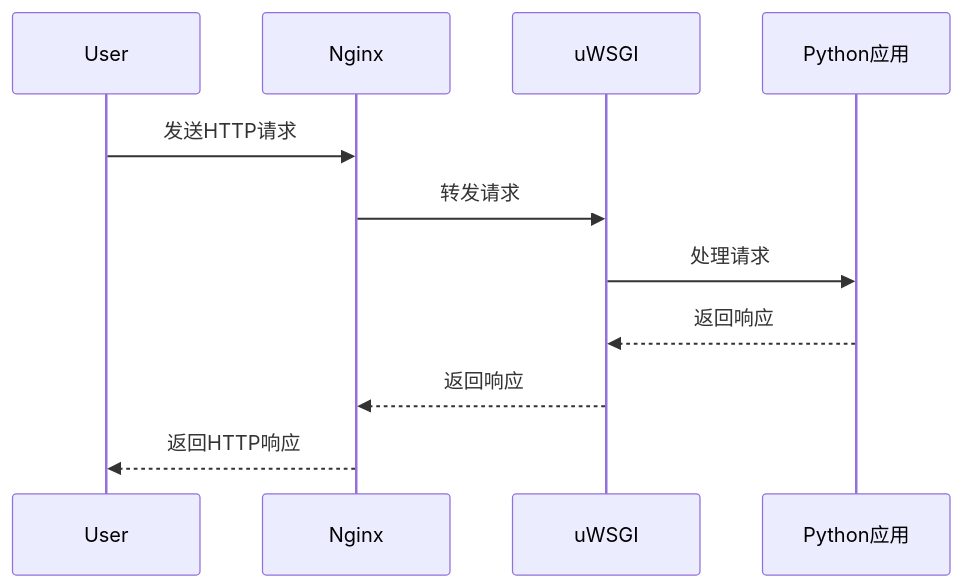
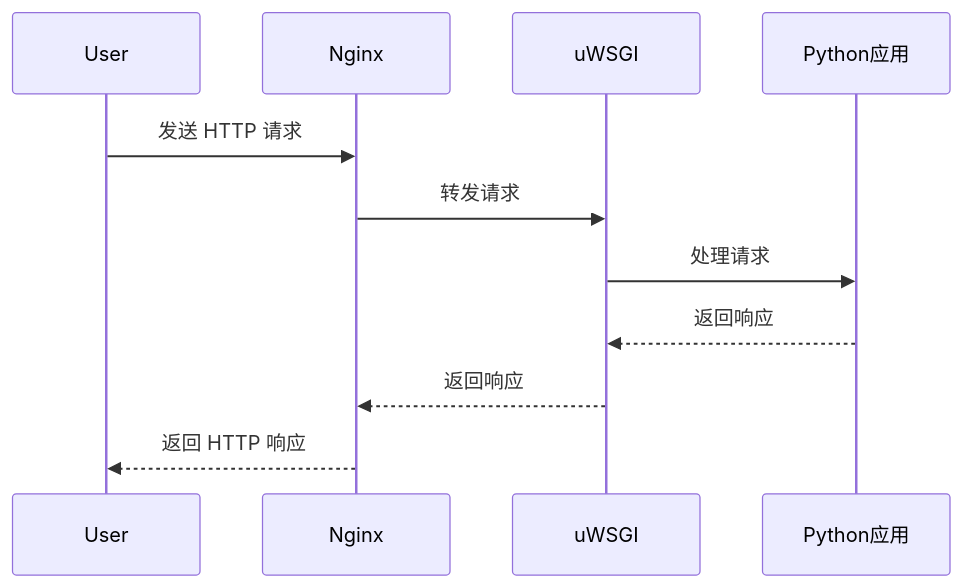
One commit to Explorer-Dong/explorer-dong.github.io changed the diagram in docs/back-end/python/flask/deploy-flask.md. Above: the diagram before and after it, drawn with Mermaid. The commit also changed other lines of this file and 5 other files, not shown here.

````diff
--- a/docs/back-end/python/flask/deploy-flask.md
+++ b/docs/back-end/python/flask/deploy-flask.md
@@ -243,14 +238,14 @@
 ```mermaid
 sequenceDiagram
     participant User
     participant Nginx
     participant uWSGI
     participant App as Python应用
     
-    User->>Nginx: 发送HTTP请求
+    User->>Nginx: 发送 HTTP 请求
     Nginx->>uWSGI: 转发请求
     uWSGI->>App: 处理请求
     App-->>uWSGI: 返回响应
     uWSGI-->>Nginx: 返回响应
-    Nginx-->>User: 返回HTTP响应
+    Nginx-->>User: 返回 HTTP 响应
 ```
````
